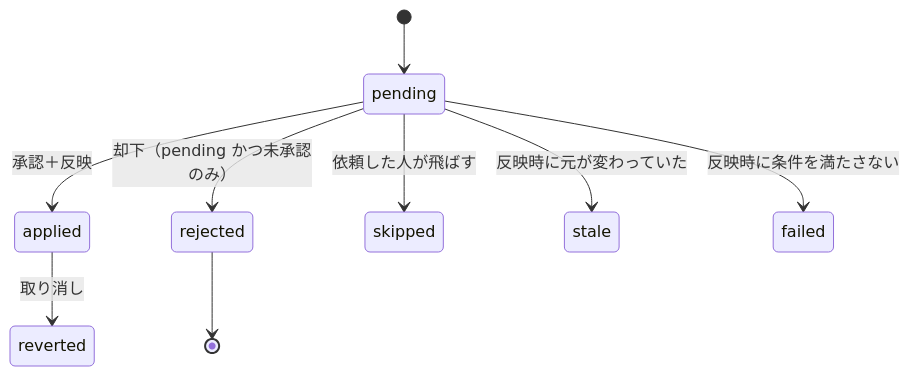
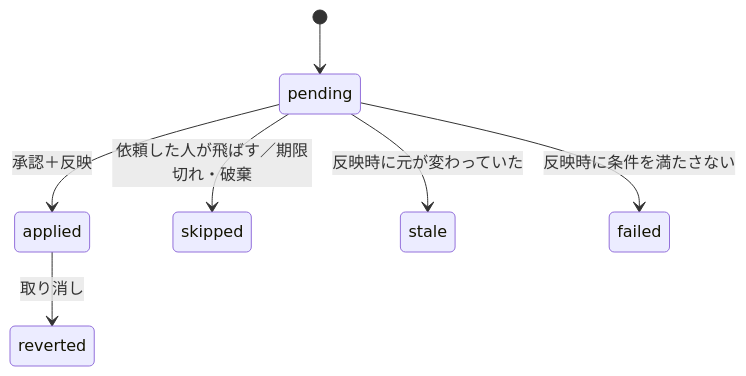
One commit to growilabs/growi changed the third of 3 diagrams in .kiro/specs/change-proposal-reviewers/design.md. Above: the diagram before and after it, drawn with Mermaid. The commit also changed other lines of this file and 3 other files, not shown here.

````diff
--- a/.kiro/specs/change-proposal-reviewers/design.md
+++ b/.kiro/specs/change-proposal-reviewers/design.md
@@ -205,11 +202,9 @@
 ```mermaid
 stateDiagram-v2
   [*] --> pending
   pending --> applied: 承認＋反映
-  pending --> rejected: 却下（pending かつ未承認のみ）
-  pending --> skipped: 依頼した人が飛ばす
+  pending --> skipped: 依頼した人が飛ばす／期限切れ・破棄
   pending --> stale: 反映時に元が変わっていた
   pending --> failed: 反映時に条件を満たさない
-  rejected --> [*]
   applied --> reverted: 取り消し
 ```
````
